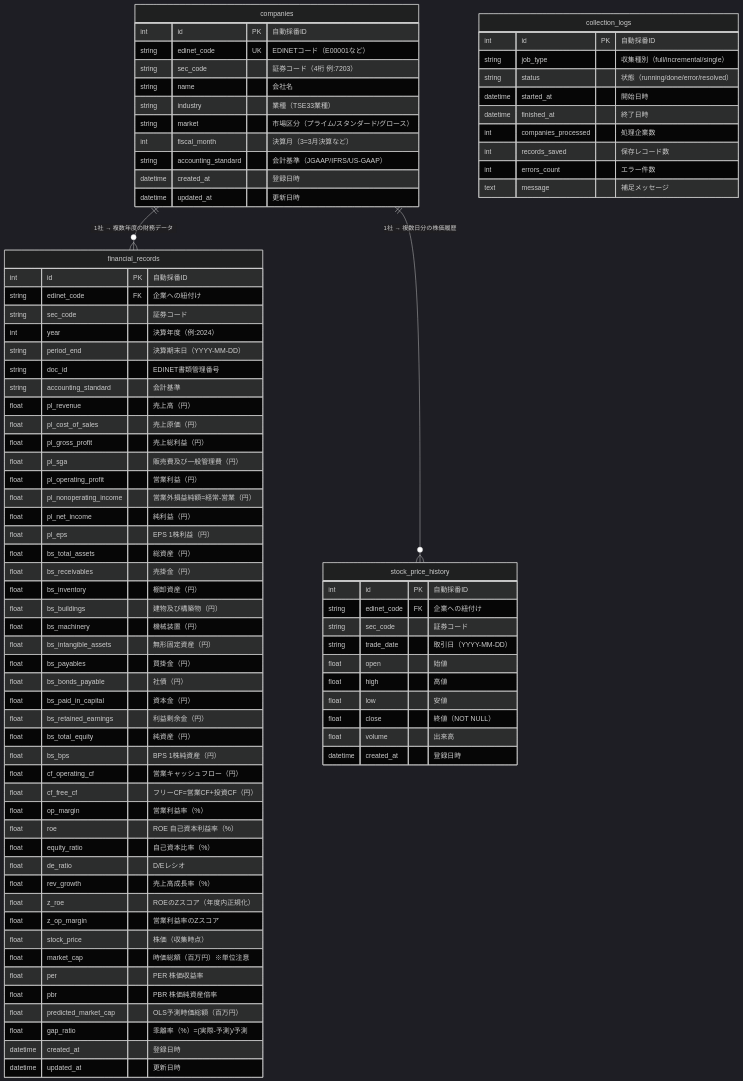
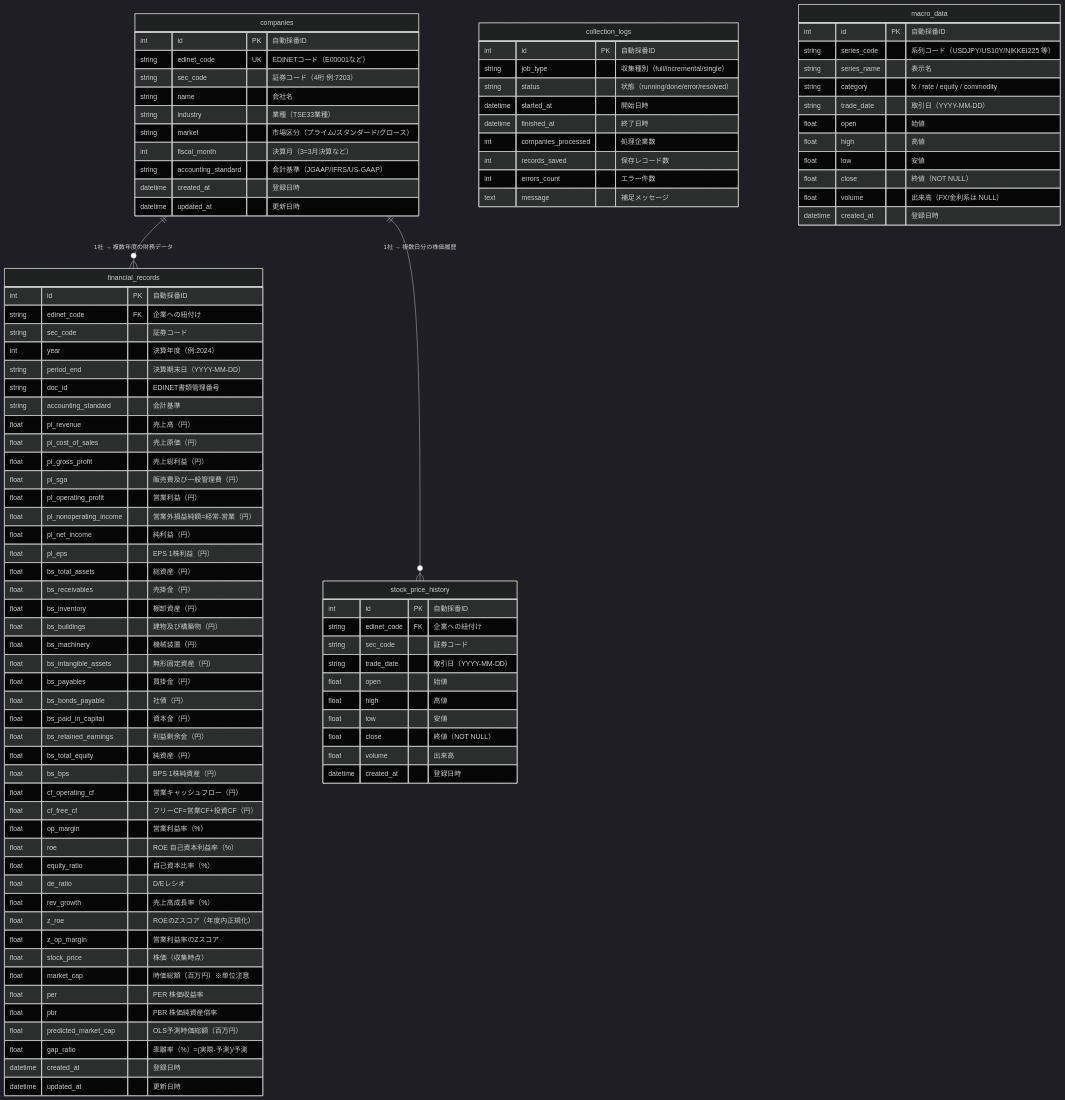
The third of 15 diagrams in docs/ARCHITECTURE.md (kome-kome/financial_app), drawn with Mermaid (dark theme) before and after one commit. The commit also changed other lines of this file and 5 other files, not shown here.

````diff
--- a/docs/ARCHITECTURE.md
+++ b/docs/ARCHITECTURE.md
@@ -232,6 +235,20 @@
         text     message              "補足メッセージ"
     }
 
+    macro_data {
+        int      id           PK "自動採番ID"
+        string   series_code     "系列コード（USDJPY/US10Y/NIKKEI225 等）"
+        string   series_name     "表示名"
+        string   category        "fx / rate / equity / commodity"
+        string   trade_date      "取引日（YYYY-MM-DD）"
+        float    open            "始値"
+        float    high            "高値"
+        float    low             "安値"
+        float    close           "終値（NOT NULL）"
+        float    volume          "出来高（FX/金利系は NULL）"
+        datetime created_at      "登録日時"
+    }
+
     companies         ||--o{  financial_records    : "1社 → 複数年度の財務データ"
     companies         ||--o{  stock_price_history  : "1社 → 複数日分の株価履歴"
 ```
````
